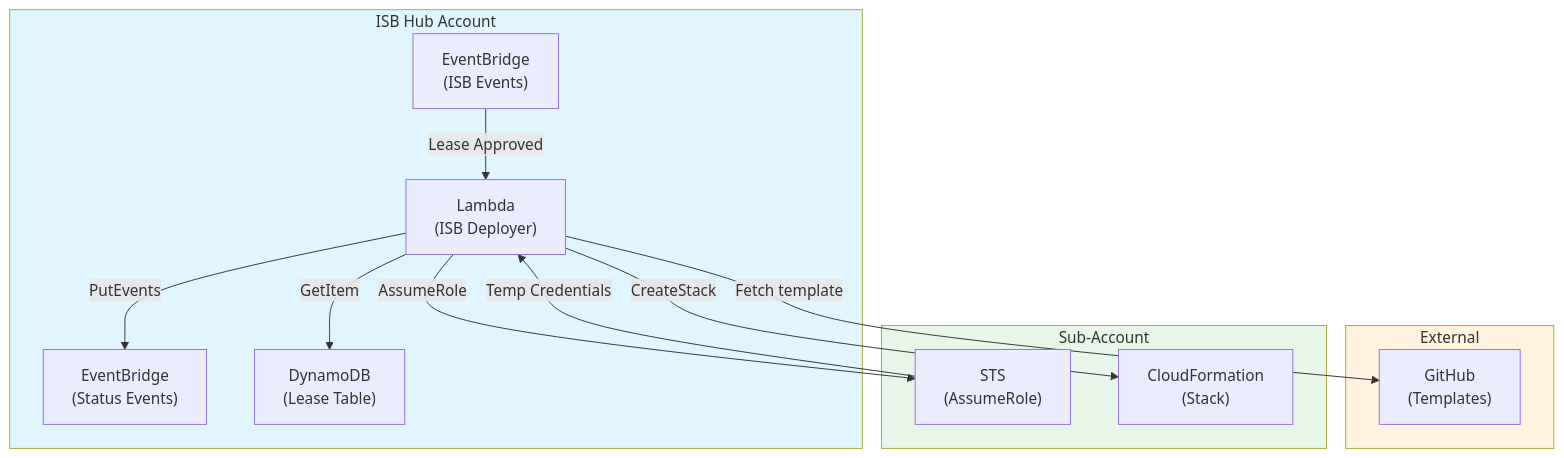
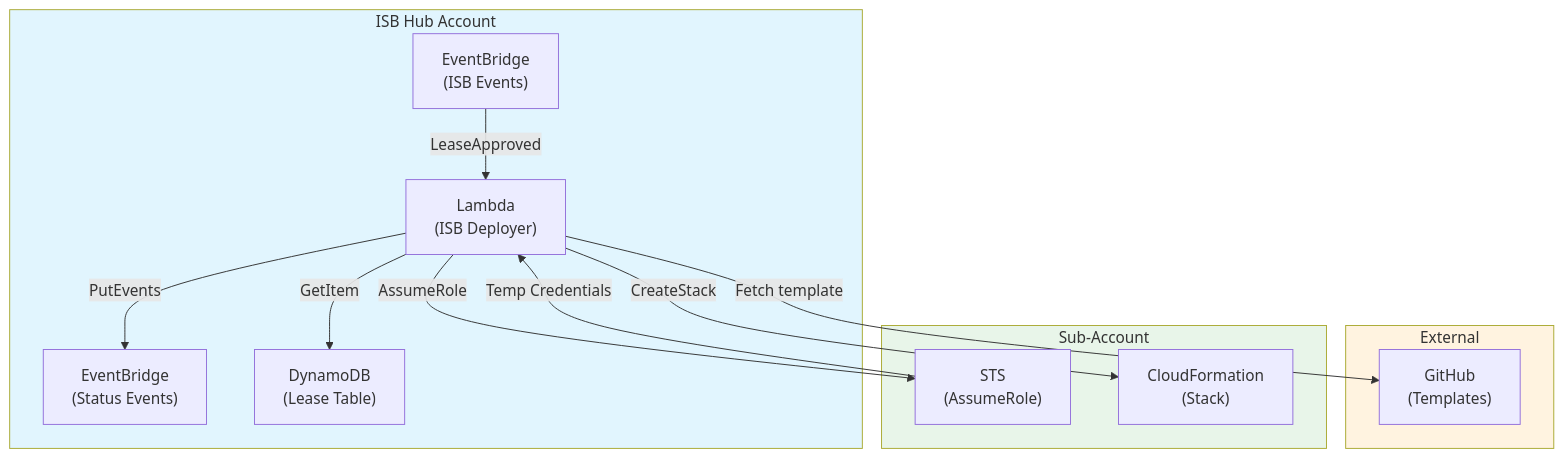
The diagram in docs/architecture-innovation-sandbox-on-aws-deployer-2025-12-03.md (co-cddo/innovation-sandbox-on-aws-deployer), drawn with Mermaid before and after one commit. The commit also changed other lines of this file and 12 other files, not shown here.

First line of the commit message:
fix(events): align with ISB event format - LeaseApproved (no space)

````diff
--- a/docs/architecture-innovation-sandbox-on-aws-deployer-2025-12-03.md
+++ b/docs/architecture-innovation-sandbox-on-aws-deployer-2025-12-03.md
@@ -71,30 +71,30 @@
 ```mermaid
 flowchart TB
     subgraph hub["ISB Hub Account"]
         eb_in["EventBridge<br/>(ISB Events)"]
         lambda["Lambda<br/>(ISB Deployer)"]
         eb_out["EventBridge<br/>(Status Events)"]
         ddb["DynamoDB<br/>(Lease Table)"]
     end
 
     subgraph external["External"]
         gh["GitHub<br/>(Templates)"]
     end
 
     subgraph sub["Sub-Account"]
         sts["STS<br/>(AssumeRole)"]
         cf["CloudFormation<br/>(Stack)"]
     end
 
-    eb_in -->|"Lease Approved"| lambda
+    eb_in -->|"LeaseApproved"| lambda
     lambda -->|"GetItem"| ddb
     lambda -->|"Fetch template"| gh
     lambda -->|"AssumeRole"| sts
     sts -->|"Temp Credentials"| lambda
     lambda -->|"CreateStack"| cf
     lambda -->|"PutEvents"| eb_out
 
     style hub fill:#e1f5fe
     style external fill:#fff3e0
     style sub fill:#e8f5e9
 ```
````
